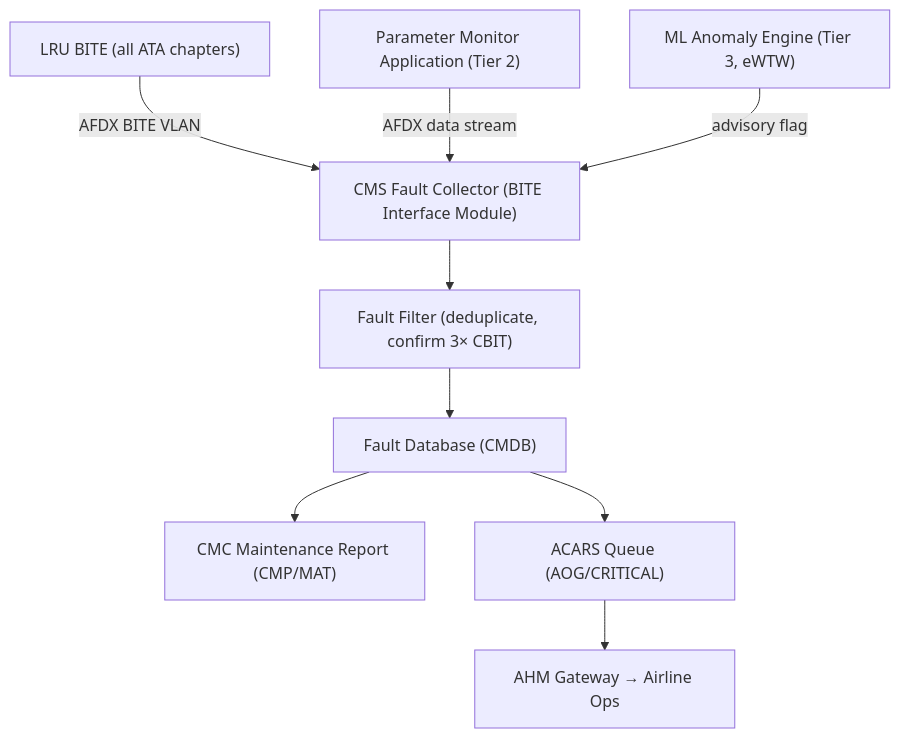
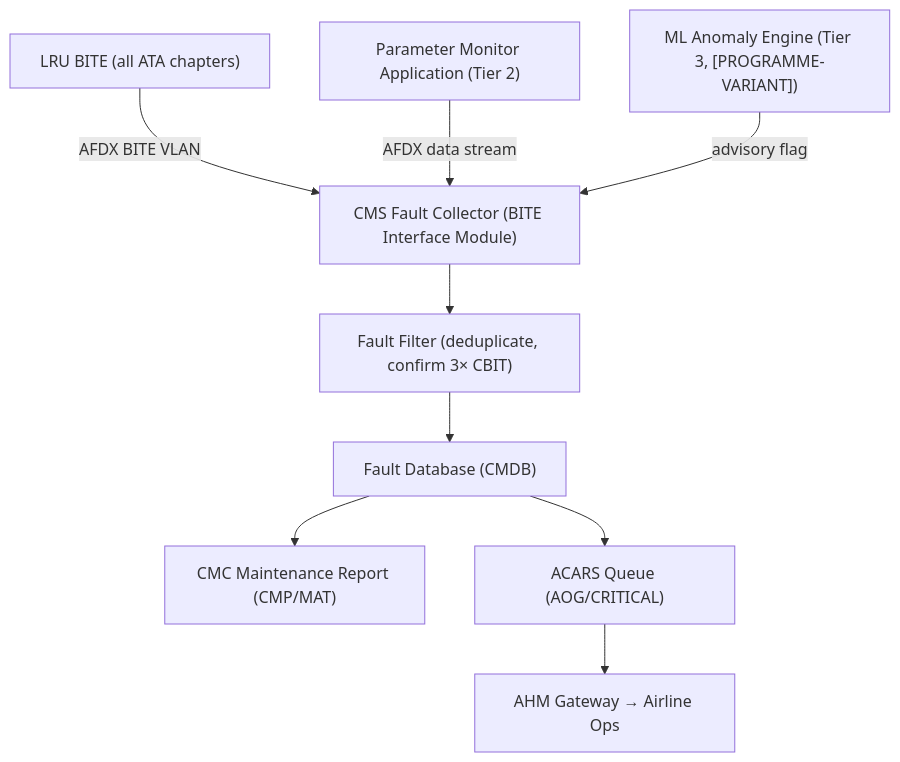
One commit to AmedeoPelliccia/Qplus-For-All-Queer-People-and-Quantum changed the first of 3 diagrams in Q+ATLANTIDE/000-099_ATLAS/040-049_Avionica-Informacion-y-APU/045_Central-Maintenance-System/045-020-Fault-Detection-and-Fault-Reporting.md. Above: the diagram before and after it, drawn with Mermaid. The commit also changed other lines of this file and 676 other files, not shown here.

First line of the commit message:
feat: de-programmatize all ATLAS standard files — remove AMPEL360E/eWTW programme content

````diff
--- a/Q+ATLANTIDE/000-099_ATLAS/040-049_Avionica-Informacion-y-APU/045_Central-Maintenance-System/045-020-Fault-Detection-and-Fault-Reporting.md
+++ b/Q+ATLANTIDE/000-099_ATLAS/040-049_Avionica-Informacion-y-APU/045_Central-Maintenance-System/045-020-Fault-Detection-and-Fault-Reporting.md
@@ -86,11 +88,11 @@
 ```mermaid
 graph TD
     LRUBITE["LRU BITE (all ATA chapters)"] -->|AFDX BITE VLAN| FC["CMS Fault Collector (BITE Interface Module)"]
     PMA["Parameter Monitor Application (Tier 2)"] -->|AFDX data stream| FC
-    ML["ML Anomaly Engine (Tier 3, eWTW)"] -->|advisory flag| FC
+    ML["ML Anomaly Engine (Tier 3, [PROGRAMME-VARIANT])"] -->|advisory flag| FC
     FC --> FF["Fault Filter (deduplicate, confirm 3× CBIT)"]
     FF --> FDB["Fault Database (CMDB)"]
     FDB --> CMC["CMC Maintenance Report (CMP/MAT)"]
     FDB --> ACQ["ACARS Queue (AOG/CRITICAL)"]
     ACQ --> AHM["AHM Gateway → Airline Ops"]
 ```
````
